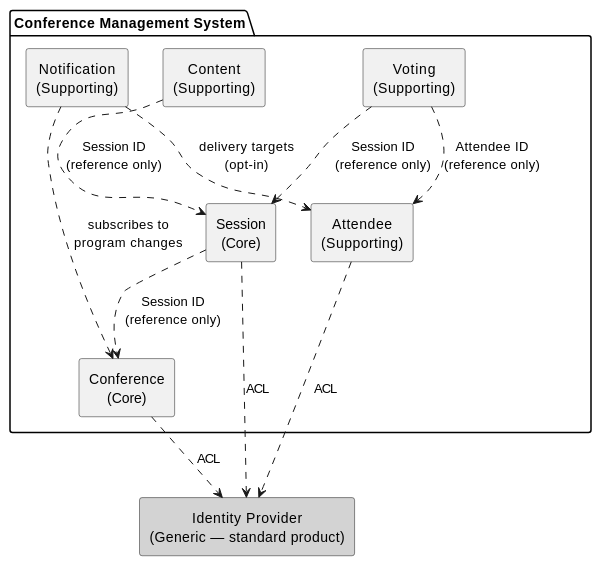
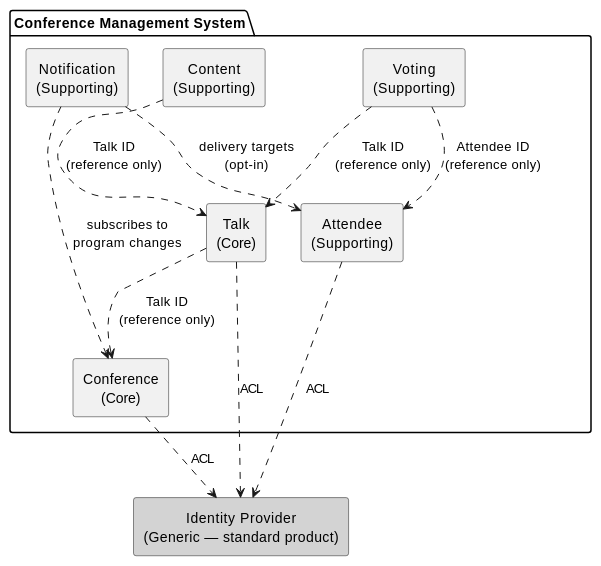
The diagram in src/documentation/chapters/05_building_block_view.adoc (andreaslausen/ConferenceExample), drawn with PlantUML before and after one commit. The commit also changed other lines of this file and 7 other files, not shown here.

```diff
--- a/src/documentation/chapters/05_building_block_view.adoc
+++ b/src/documentation/chapters/05_building_block_view.adoc
@@ -7,29 +7,29 @@
 [plantuml, bounded-context-map, png]
 ....
 @startuml
 skinparam componentStyle rectangle
 skinparam defaultTextAlignment center
 
 package "Conference Management System" {
   component "Conference\n(Core)" as conf
-  component "Session\n(Core)" as sess
+  component "Talk\n(Core)" as sess
   component "Voting\n(Supporting)" as vote
   component "Notification\n(Supporting)" as notif
   component "Attendee\n(Supporting)" as att
   component "Content\n(Supporting)" as content
 }
 
 component "Identity Provider\n(Generic — standard product)" as idp #LightGray
 
-sess ..> conf : Session ID\n(reference only)
-vote ..> sess : Session ID\n(reference only)
+sess ..> conf : Talk ID\n(reference only)
+vote ..> sess : Talk ID\n(reference only)
 vote ..> att : Attendee ID\n(reference only)
 notif ..> conf : subscribes to\nprogram changes
 notif ..> att : delivery targets\n(opt-in)
-content ..> sess : Session ID\n(reference only)
+content ..> sess : Talk ID\n(reference only)
 conf ..> idp : ACL
 sess ..> idp : ACL
 att ..> idp : ACL
 
 @enduml
 ....
```
